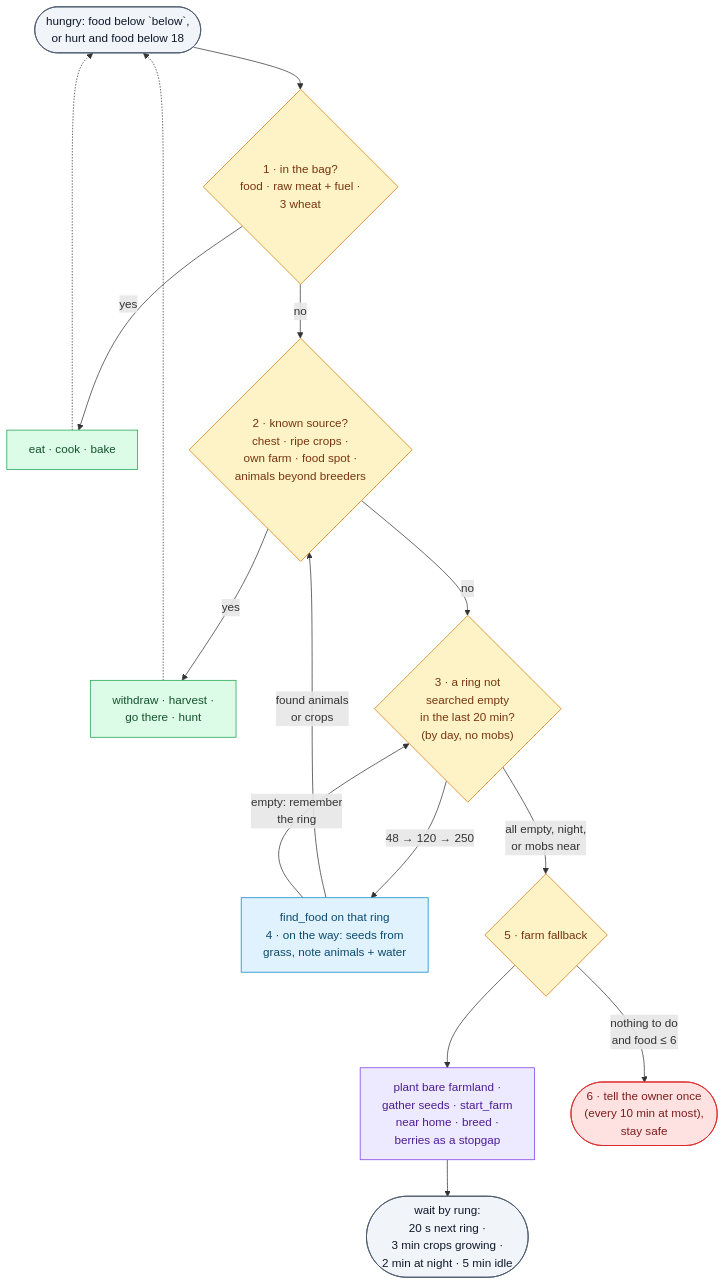
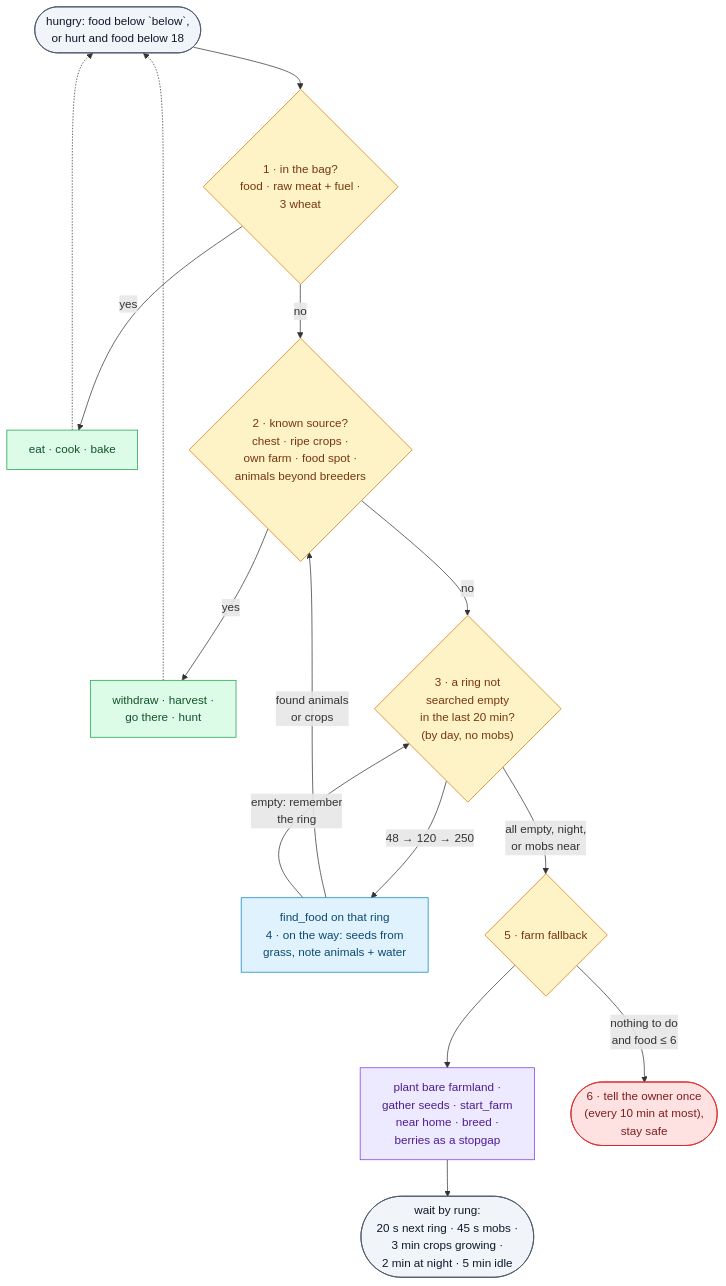
One commit to thereisnotime/golemkit changed the fourth of 4 diagrams in docs/guide/behaviors.md. Above: the diagram before and after it, drawn with Mermaid. The commit also changed other lines of this file and 3 other files, not shown here.

Commit message:
keep_fed: short wait while mobs are near instead of the idle 5 minutes

````diff
--- a/docs/guide/behaviors.md
+++ b/docs/guide/behaviors.md
@@ -449,31 +449,31 @@
 ```mermaid
 flowchart TB
   H(["hungry: food below `below`,<br/>or hurt and food below 18"]) --> R1
   R1{"1 · in the bag?<br/>food · raw meat + fuel ·<br/>3 wheat"}
   R1 -- yes --> EAT["eat · cook · bake"]
   R1 -- no --> R2{"2 · known source?<br/>chest · ripe crops ·<br/>own farm · food spot ·<br/>animals beyond breeders"}
   R2 -- yes --> KNOWN["withdraw · harvest ·<br/>go there · hunt"]
   R2 -- no --> R3{"3 · a ring not<br/>searched empty<br/>in the last 20 min?<br/>(by day, no mobs)"}
   R3 -- "48 → 120 → 250" --> SC["find_food on that ring<br/>4 · on the way: seeds from<br/>grass, note animals + water"]
   SC -- "found animals<br/>or crops" --> R2
   SC -- "empty: remember<br/>the ring" --> R3
   R3 -- "all empty, night,<br/>or mobs near" --> R5{"5 · farm fallback"}
   R5 --> FARM["plant bare farmland ·<br/>gather seeds · start_farm<br/>near home · breed ·<br/>berries as a stopgap"]
-  FARM --> W(["wait by rung:<br/>20 s next ring ·<br/>3 min crops growing ·<br/>2 min at night · 5 min idle"])
+  FARM --> W(["wait by rung:<br/>20 s next ring · 45 s mobs ·<br/>3 min crops growing ·<br/>2 min at night · 5 min idle"])
   R5 -- "nothing to do<br/>and food ≤ 6" --> REP(["6 · tell the owner once<br/>(every 10 min at most),<br/>stay safe"])
   EAT -.-> H
   KNOWN -.-> H
 
   classDef trig fill:#f1f5f9,stroke:#475569,color:#0f172a
   classDef ask fill:#fef3c7,stroke:#d97706,color:#78350f
   classDef near fill:#dcfce7,stroke:#16a34a,color:#14532d
   classDef far fill:#e0f2fe,stroke:#0284c7,color:#0c4a6e
   classDef grow fill:#ede9fe,stroke:#7c3aed,color:#4c1d95
   classDef stop fill:#fee2e2,stroke:#dc2626,color:#7f1d1d
   class H,W trig
   class R1,R2,R3,R5 ask
   class EAT,KNOWN near
   class SC far
   class FARM grow
   class REP stop
 ```
````
